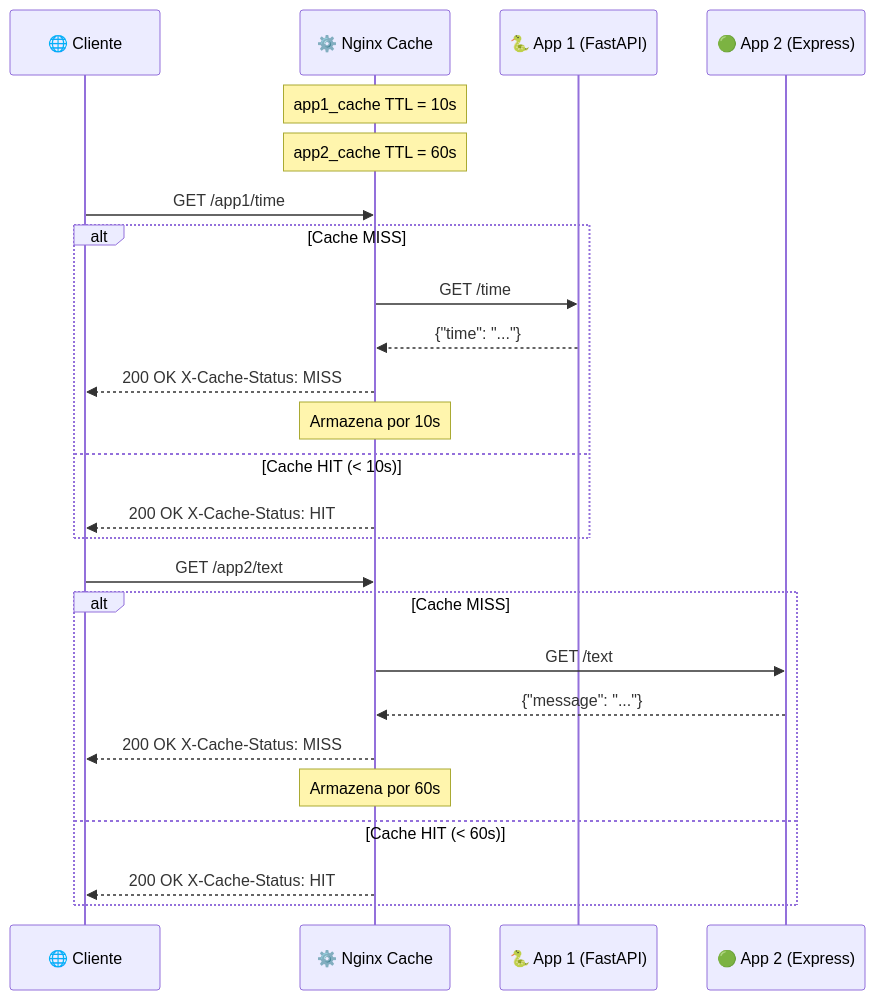
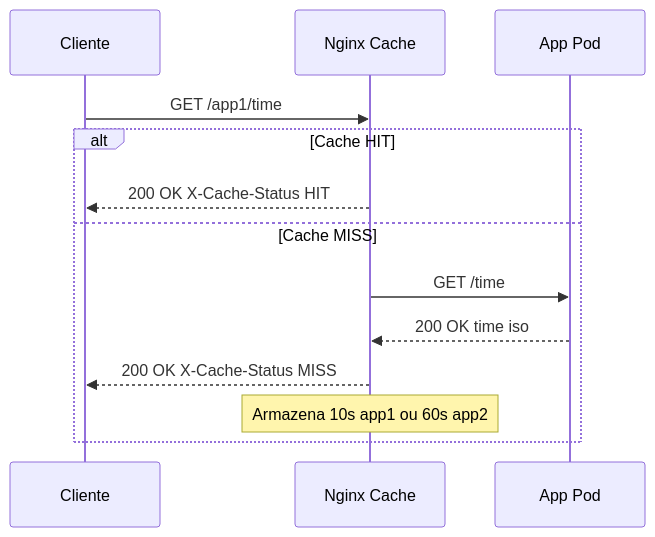
The second of 3 diagrams in docs/architecture.md (wilsongomes345/to-brasil), drawn with Mermaid before and after one commit. The commit also changed other lines of this file and 28 other files, not shown here.

````diff
--- a/docs/architecture.md
+++ b/docs/architecture.md
@@ -91,30 +83,16 @@
 ```mermaid
 sequenceDiagram
-    participant C  as 🌐 Cliente
-    participant N  as ⚙️ Nginx Cache
-    participant A1 as 🐍 App 1 (FastAPI)
-    participant A2 as 🟢 App 2 (Express)
-
-    Note over N: app1_cache TTL = 10s
-    Note over N: app2_cache TTL = 60s
+    participant C as Cliente
+    participant N as Nginx Cache
+    participant A as App Pod
 
     C->>N: GET /app1/time
-    alt Cache MISS
-        N->>A1: GET /time
-        A1-->>N: {"time": "..."}
-        N-->>C: 200 OK  X-Cache-Status: MISS
-        Note over N: Armazena por 10s
-    else Cache HIT (< 10s)
-        N-->>C: 200 OK  X-Cache-Status: HIT
-    end
-
-    C->>N: GET /app2/text
-    alt Cache MISS
-        N->>A2: GET /text
-        A2-->>N: {"message": "..."}
-        N-->>C: 200 OK  X-Cache-Status: MISS
-        Note over N: Armazena por 60s
-    else Cache HIT (< 60s)
-        N-->>C: 200 OK  X-Cache-Status: HIT
+    alt Cache HIT
+        N-->>C: 200 OK X-Cache-Status HIT
+    else Cache MISS
+        N->>A: GET /time
+        A-->>N: 200 OK time iso
+        N-->>C: 200 OK X-Cache-Status MISS
+        Note over N: Armazena 10s app1 ou 60s app2
     end
 ```
````
